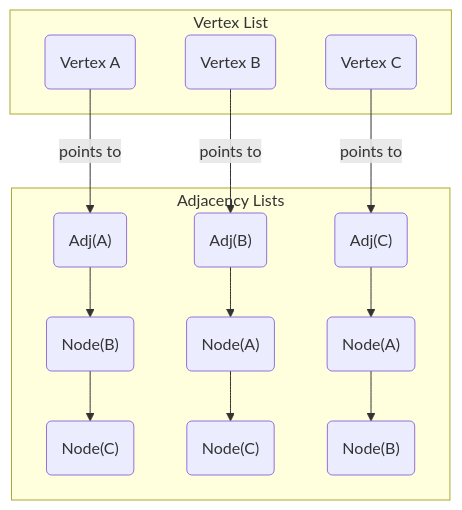
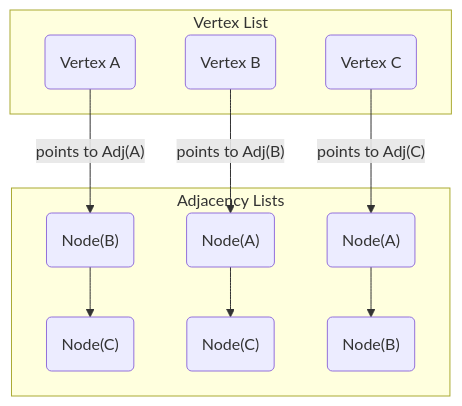
Diagram 11 of 25 in lectures/lect-16-Graph.md (ruslylove/datastruct), drawn with Mermaid before and after one commit. The commit also changed other lines of this file, not shown here.

````diff
--- a/lectures/lect-16-Graph.md
+++ b/lectures/lect-16-Graph.md
@@ -324,18 +324,19 @@
 ```mermaid
 graph TD
     subgraph "Vertex List"
         vA("Vertex A")
         vB("Vertex B")
         vC("Vertex C")
     end
 
     subgraph "Adjacency Lists"
-        A_adj("Adj(A)") --> B_in_A("Node(B)") --> C_in_A("Node(C)")
-        B_adj("Adj(B)") --> A_in_B("Node(A)") --> C_in_B("Node(C)")
-        C_adj("Adj(C)") --> A_in_C("Node(A)") --> B_in_C("Node(B)")
+        B_in_A("Node(B)") --> C_in_A("Node(C)")
+        A_in_B("Node(A)") --> C_in_B("Node(C)")
+        A_in_C("Node(A)") --> B_in_C("Node(B)")
     end
 
-    vA -- "points to" --> A_adj
-    vB -- "points to" --> B_adj
-    vC -- "points to" --> C_adj
+    vA -- "points to Adj(A)" --> B_in_A
+    vB -- "points to Adj(B)" --> A_in_B
+    vC -- "points to Adj(C)" --> A_in_C
+    
 ```
````
